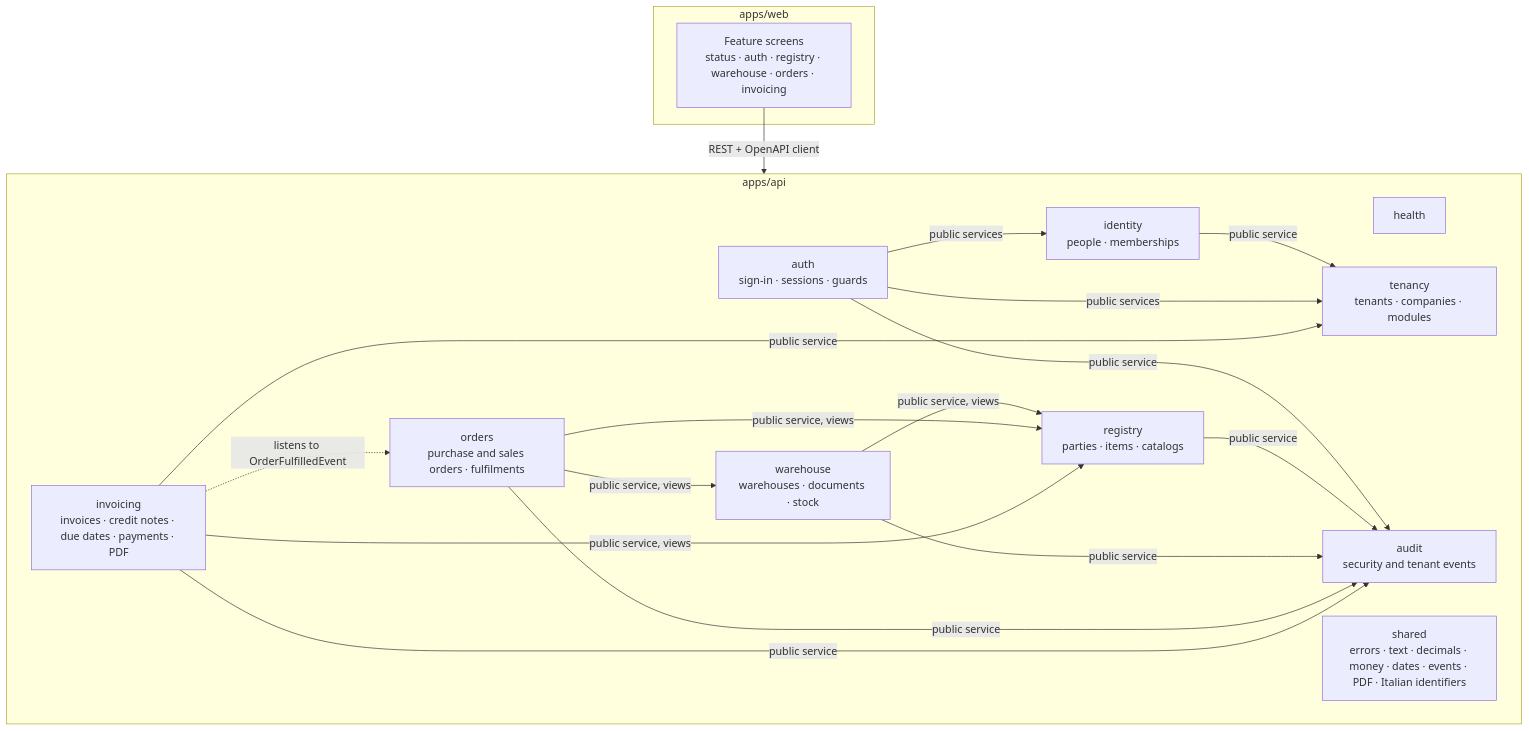
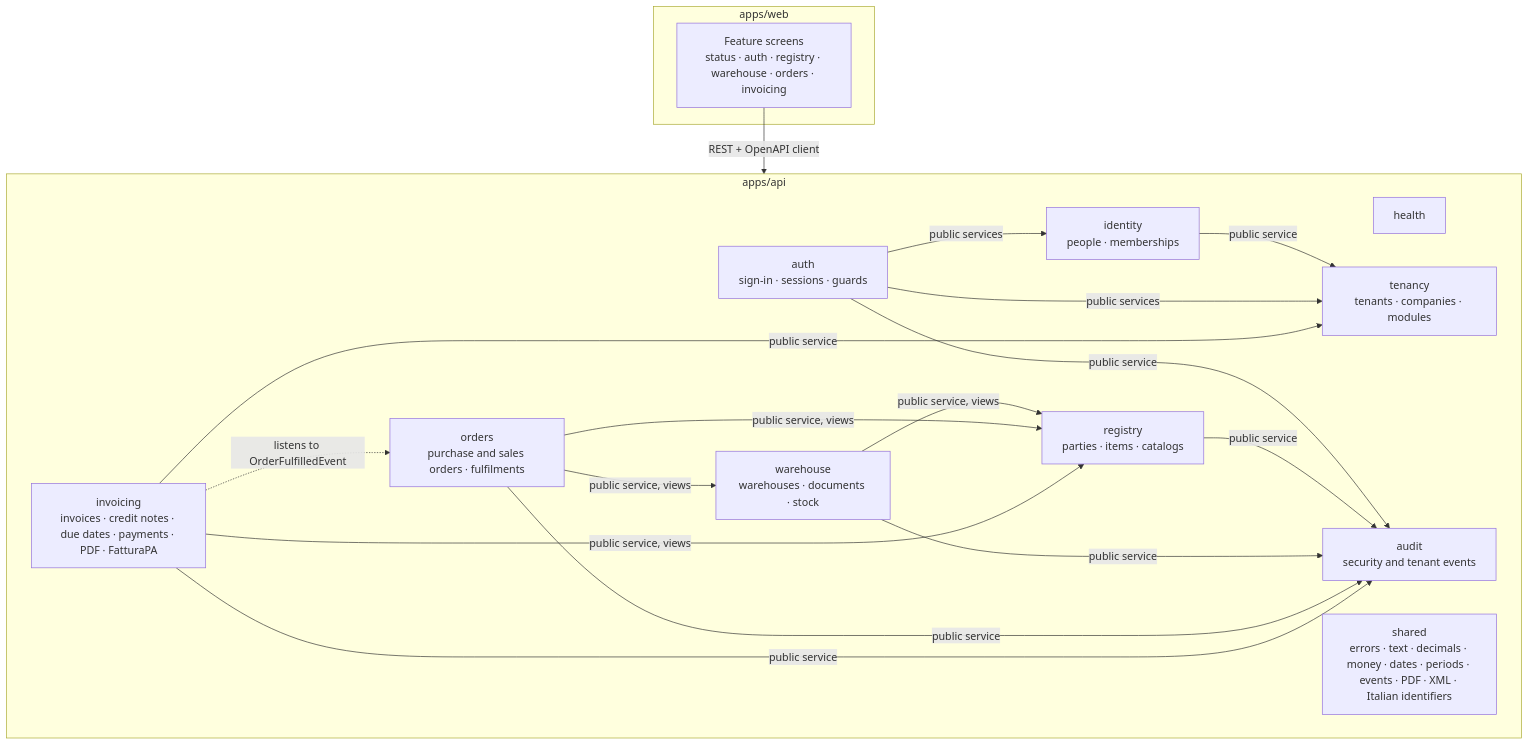
The sixth of 11 diagrams in docs/architecture.md (MicheleG14/mercurio), drawn with Mermaid before and after one commit. The commit also changed other lines of this file and 12 other files, not shown here.

````diff
--- a/docs/architecture.md
+++ b/docs/architecture.md
@@ -199,35 +200,35 @@
 ```mermaid
 flowchart TB
     subgraph web[apps/web]
         ui[Feature screens<br/>status · auth · registry · warehouse · orders · invoicing]
     end
 
     subgraph api[apps/api]
         health[health]
         tenancy[tenancy<br/>tenants · companies · modules]
         identity[identity<br/>people · memberships]
         auth[auth<br/>sign-in · sessions · guards]
         audit[audit<br/>security and tenant events]
         registry[registry<br/>parties · items · catalogs]
         warehouse[warehouse<br/>warehouses · documents · stock]
         orders[orders<br/>purchase and sales orders · fulfilments]
-        invoicing[invoicing<br/>invoices · credit notes · due dates · payments · PDF]
-        shared[shared<br/>errors · text · decimals · money · dates · events · PDF · Italian identifiers]
+        invoicing[invoicing<br/>invoices · credit notes · due dates · payments · PDF · FatturaPA]
+        shared[shared<br/>errors · text · decimals · money · dates · periods · events · PDF · XML · Italian identifiers]
     end
 
     ui -- REST + OpenAPI client --> api
     identity -- public service --> tenancy
     auth -- public services --> identity
     auth -- public services --> tenancy
     auth -- public service --> audit
     registry -- public service --> audit
     warehouse -- public service, views --> registry
     warehouse -- public service --> audit
     orders -- public service, views --> registry
     orders -- public service, views --> warehouse
     orders -- public service --> audit
     invoicing -. listens to OrderFulfilledEvent .-> orders
     invoicing -- public service, views --> registry
     invoicing -- public service --> tenancy
     invoicing -- public service --> audit
 ```
````
